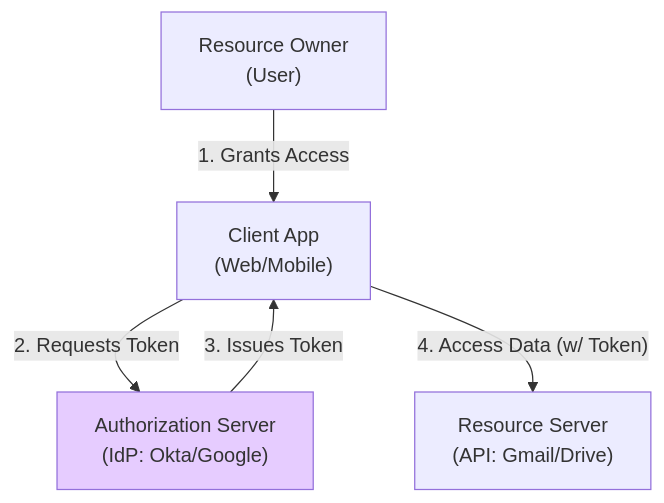
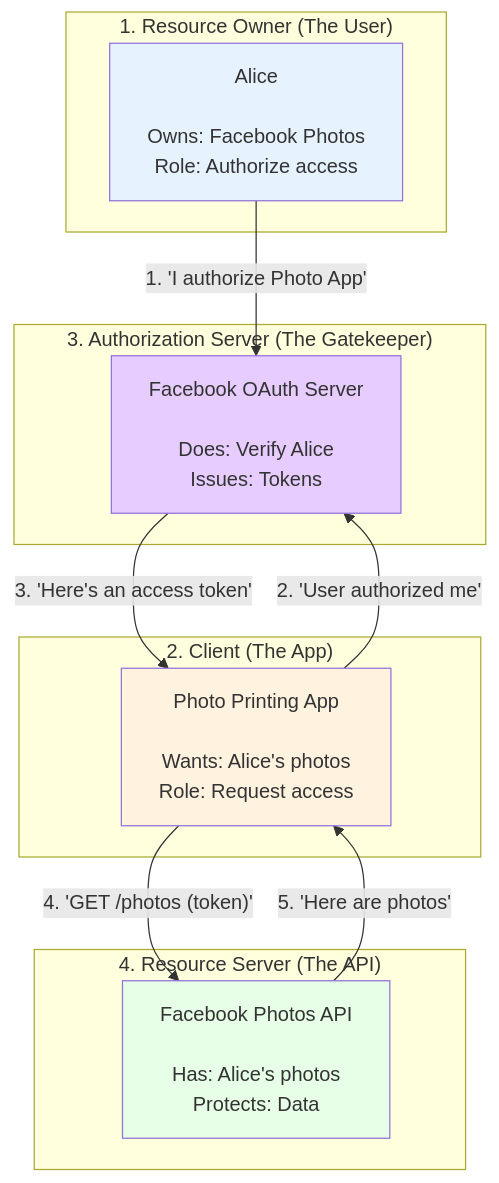
Before and after one commit to Anmol33/SystemDesign: the second of 6 diagrams in Authz-AuthN/04_OAuth2_OIDC.md, drawn with Mermaid. The commit also changed other lines of this file, not shown here.

First line of the commit message:
Enhance OAuth2/OIDC Core Architecture with comprehensive depth

````diff
--- a/Authz-AuthN/04_OAuth2_OIDC.md
+++ b/Authz-AuthN/04_OAuth2_OIDC.md
@@ -264,14 +266,29 @@
 ```mermaid
-graph TD
-    RO["Resource Owner<br/>(User)"]
-    Client["Client App<br/>(Web/Mobile)"]
-    AuthServer["Authorization Server<br/>(IdP: Okta/Google)"]
-    RS["Resource Server<br/>(API: Gmail/Drive)"]
+graph TB
+    subgraph "1. Resource Owner (The User)"
+        RO["Alice<br/><br/>Owns: Facebook Photos<br/>Role: Authorize access"]
+    end
     
-    RO -->|"1. Grants Access"| Client
-    Client -->|"2. Requests Token"| AuthServer
-    AuthServer -->|"3. Issues Token"| Client
-    Client -->|"4. Access Data (w/ Token)"| RS
+    subgraph "2. Client (The App)"
+        Client["Photo Printing App<br/><br/>Wants: Alice's photos<br/>Role: Request access"]
+    end
     
-    style AuthServer fill:#e6ccff
+    subgraph "3. Authorization Server (The Gatekeeper)"
+        AS["Facebook OAuth Server<br/><br/>Does: Verify Alice<br/>Issues: Tokens"]
+    end
+    
+    subgraph "4. Resource Server (The API)"
+        RS["Facebook Photos API<br/><br/>Has: Alice's photos<br/>Protects: Data"]
+    end
+    
+    RO -->|"1. 'I authorize Photo App'"| AS
+    Client -->|"2. 'User authorized me'"| AS
+    AS -->|"3. 'Here's an access token'"| Client
+    Client -->|"4. 'GET /photos (token)'"| RS
+    RS -->|"5. 'Here are photos'"| Client
+    
+    style RO fill:#e6f3ff
+    style Client fill:#fff3e0
+    style AS fill:#e6ccff
+    style RS fill:#e6ffe6
 ```
````
